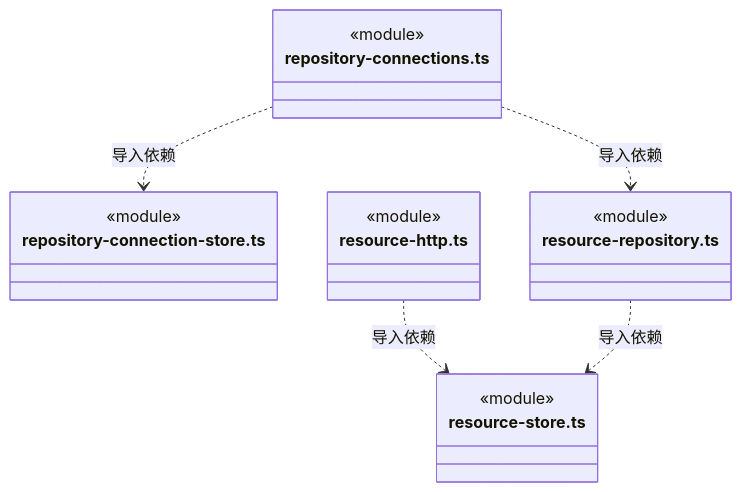
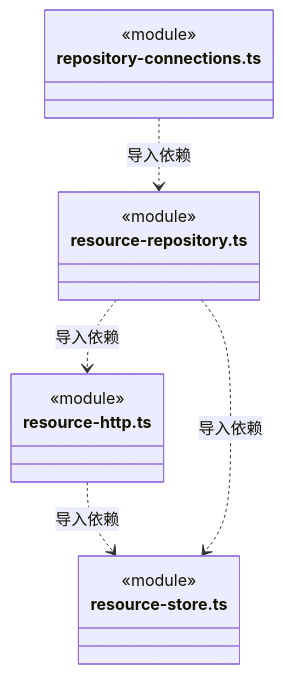
Before and after one commit to nan023062/cbim: diagram 18 of 19 in src/backend/main/resources/ARCHITECTURE.md, drawn with Mermaid. The commit also changed other lines of this file and 118 other files, not shown here.

````diff
--- a/src/backend/main/resources/ARCHITECTURE.md
+++ b/src/backend/main/resources/ARCHITECTURE.md
@@ -326,22 +513,19 @@
 ```mermaid
 classDiagram
 class N_src_backend_main_resources_repository_connections_ts["repository-connections.ts"] {
-  <<module>>
-}
-class N_src_backend_main_resources_repository_connection_store_ts["repository-connection-store.ts"] {
   <<module>>
 }
 class N_src_backend_main_resources_resource_repository_ts["resource-repository.ts"] {
   <<module>>
 }
 class N_src_backend_main_resources_resource_http_ts["resource-http.ts"] {
   <<module>>
 }
 class N_src_backend_main_resources_resource_store_ts["resource-store.ts"] {
   <<module>>
 }
-N_src_backend_main_resources_repository_connections_ts ..> N_src_backend_main_resources_repository_connection_store_ts : 导入依赖
 N_src_backend_main_resources_repository_connections_ts ..> N_src_backend_main_resources_resource_repository_ts : 导入依赖
 N_src_backend_main_resources_resource_http_ts ..> N_src_backend_main_resources_resource_store_ts : 导入依赖
 N_src_backend_main_resources_resource_repository_ts ..> N_src_backend_main_resources_resource_store_ts : 导入依赖
+N_src_backend_main_resources_resource_repository_ts ..> N_src_backend_main_resources_resource_http_ts : 导入依赖
 ```
````
